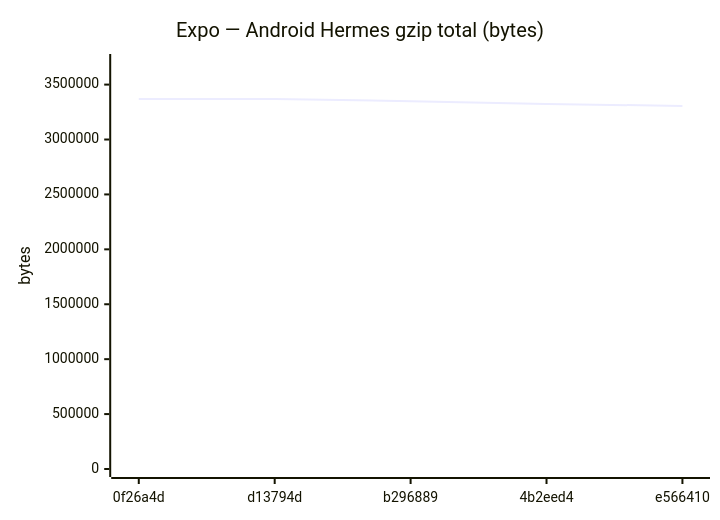
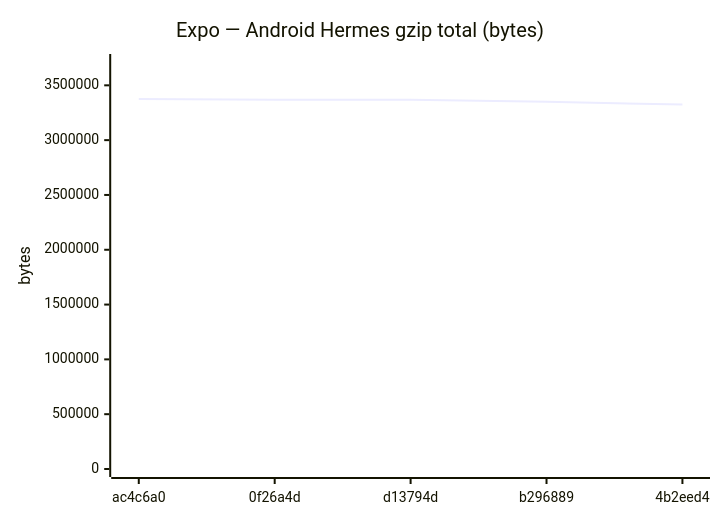
One commit to Metaheurist/Rianell changed diagram 11 of 18 in benchmarks/compare.md. Above: the diagram before and after it, drawn with Mermaid. The commit also changed other lines of this file and 11 other files, not shown here.

````diff
--- a/benchmarks/compare.md
+++ b/benchmarks/compare.md
@@ -172,7 +172,7 @@
 ```mermaid
 xychart-beta
     title "Expo — Android Hermes gzip total (bytes)"
-    x-axis ["0f26a4d", "d13794d", "b296889", "4b2eed4", "e566410"]
-    y-axis "bytes" 0 --> 3705748
-    line [3368860, 3368861, 3349208, 3324082, 3305549]
+    x-axis ["ac4c6a0", "0f26a4d", "d13794d", "b296889", "4b2eed4"]
+    y-axis "bytes" 0 --> 3712831
+    line [3375300, 3368860, 3368861, 3349208, 3324082]
 ```
````
